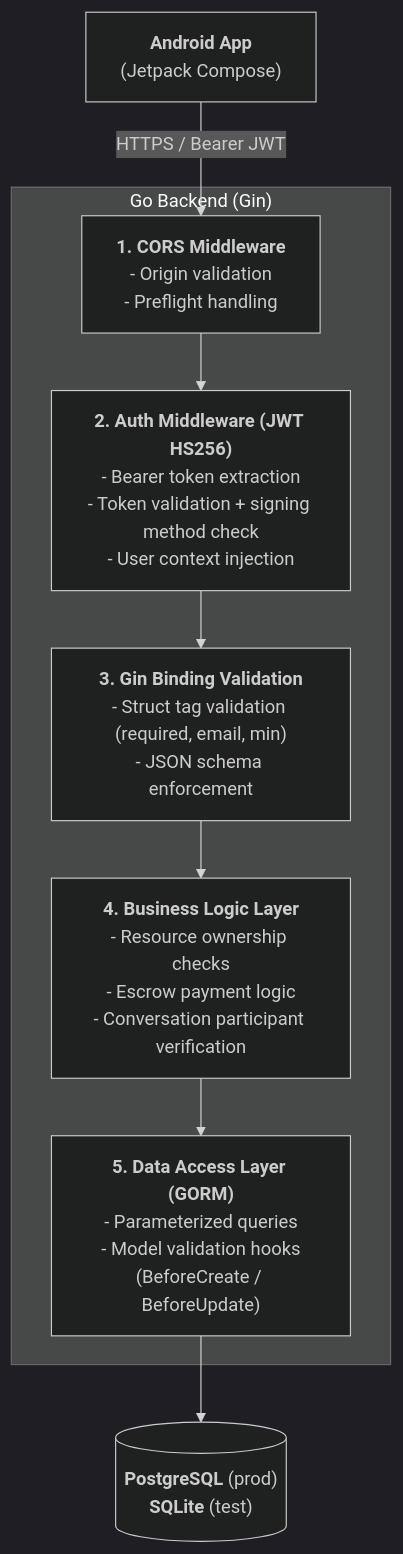
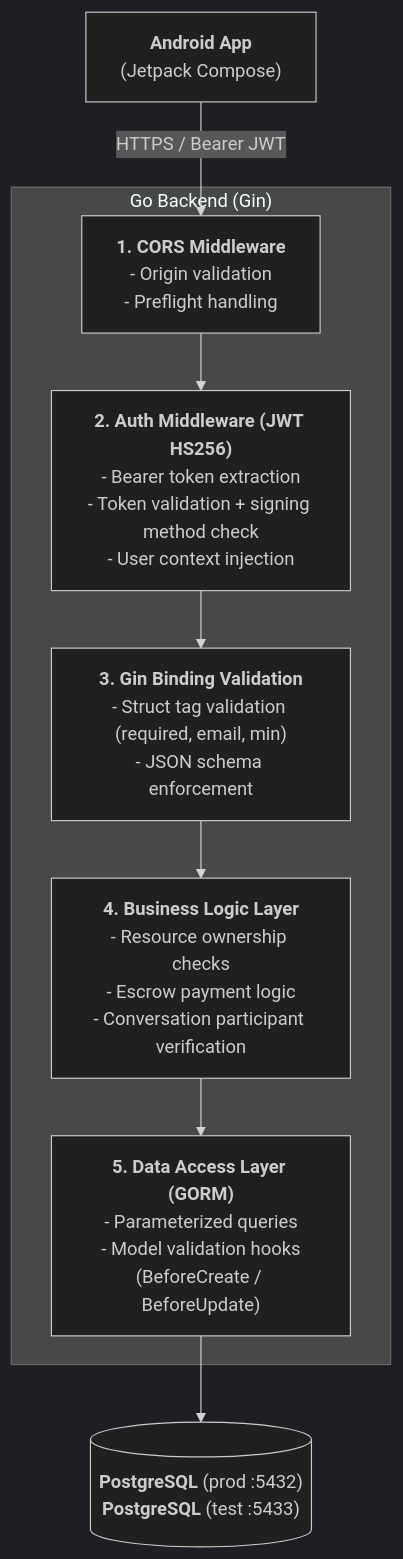
Before and after one commit to nhannht/viecz: the diagram in docs/technical/SECURITY.md, drawn with Mermaid (dark theme). The commit also changed other lines of this file and 22 other files, not shown here.

First line of the commit message:
feat: Migrate test server to PostgreSQL, add "Your Task" badge, E2E tests (KNS-62)

````diff
--- a/docs/technical/SECURITY.md
+++ b/docs/technical/SECURITY.md
@@ -28,21 +28,21 @@
 ```mermaid
 flowchart TD
     APP["<b>Android App</b><br/>(Jetpack Compose)"]
 
     subgraph BACKEND ["Go Backend (Gin)"]
         L1["<b>1. CORS Middleware</b><br/>- Origin validation<br/>- Preflight handling"]
         L2["<b>2. Auth Middleware (JWT HS256)</b><br/>- Bearer token extraction<br/>- Token validation + signing method check<br/>- User context injection"]
         L3["<b>3. Gin Binding Validation</b><br/>- Struct tag validation (required, email, min)<br/>- JSON schema enforcement"]
         L4["<b>4. Business Logic Layer</b><br/>- Resource ownership checks<br/>- Escrow payment logic<br/>- Conversation participant verification"]
         L5["<b>5. Data Access Layer (GORM)</b><br/>- Parameterized queries<br/>- Model validation hooks<br/>(BeforeCreate / BeforeUpdate)"]
     end
 
-    DB[("<b>PostgreSQL</b> (prod)<br/><b>SQLite</b> (test)")]
+    DB[("<b>PostgreSQL</b> (prod :5432)<br/><b>PostgreSQL</b> (test :5433)")]
 
     APP -- "HTTPS / Bearer JWT" --> L1
     L1 --> L2
     L2 --> L3
     L3 --> L4
     L4 --> L5
     L5 --> DB
 ```
````
